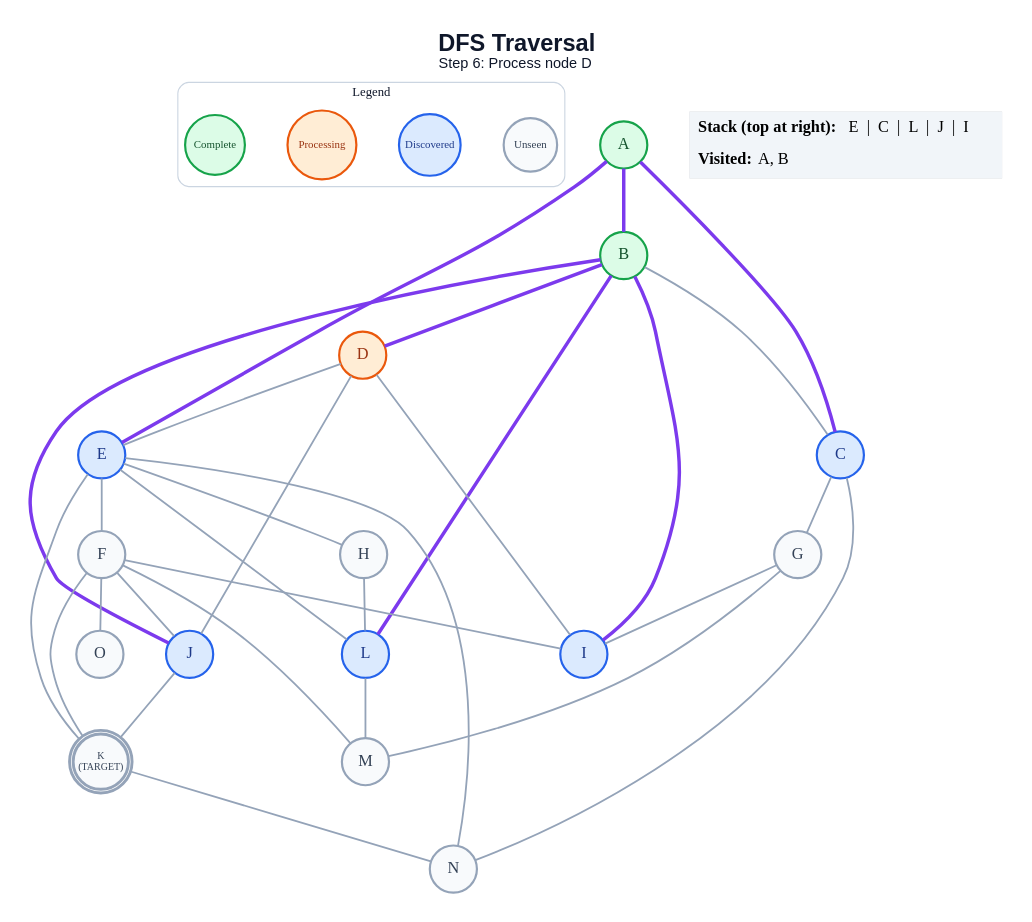
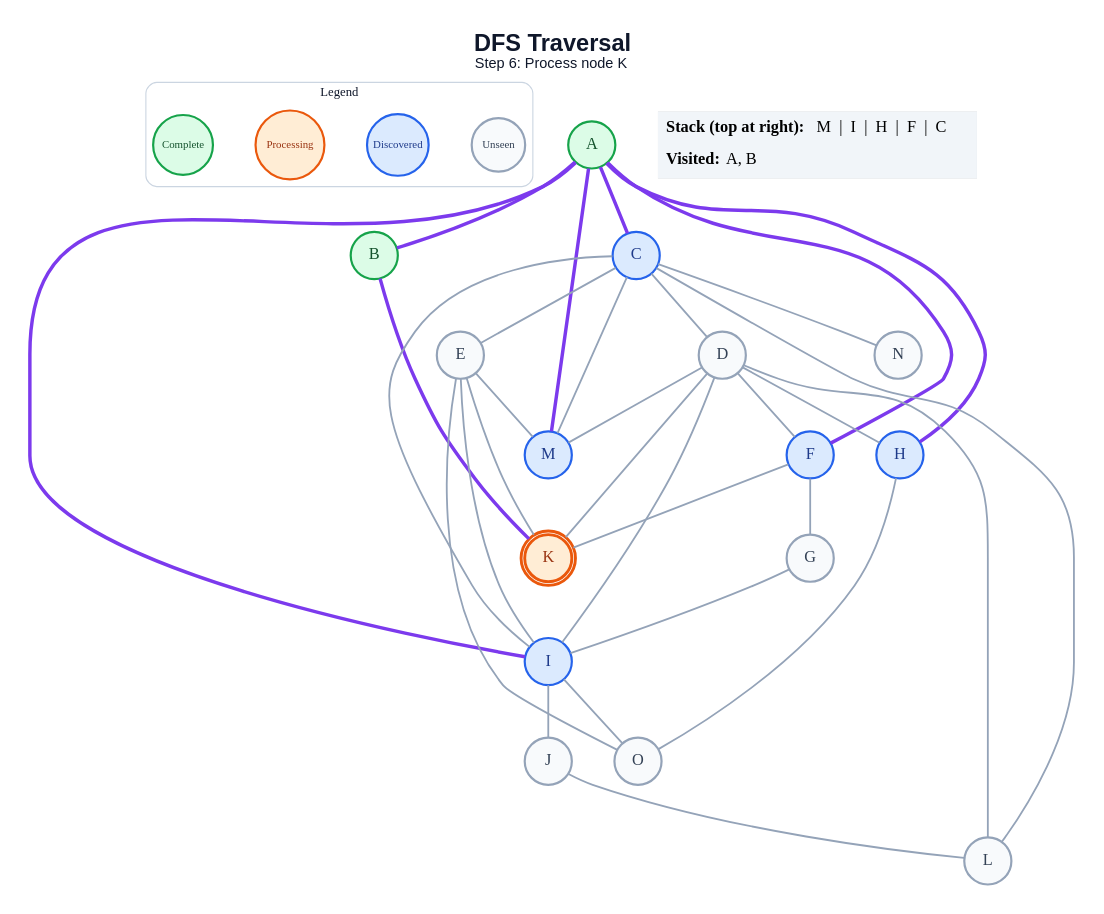
Before and after one commit to anon7238593-create/ai-slop: the diagram in generated/dfs/step_06.dot, drawn with Graphviz. The commit also changed 217 other files, not shown here.

```diff
--- a/generated/dfs/step_06.dot
+++ b/generated/dfs/step_06.dot
@@ -1,63 +1,64 @@
 graph traversal {
   graph [layout=dot, rankdir=TB, bgcolor="#FFFFFF", pad="0.35", nodesep="0.65", ranksep="0.8", fontname="Arial"];
   node [shape=circle, style="filled", fontname="Arial Bold", fontsize=18, width=0.72, fixedsize=true, penwidth=2.4];
   edge [color="#94A3B8", penwidth=2.0];
-  label=<<B>DFS Traversal</B><BR/><FONT POINT-SIZE="16">Step 6: Process node D</FONT>>; labelloc="t"; fontsize=26; fontname="Arial"; fontcolor="#0F172A";
+  label=<<B>DFS Traversal</B><BR/><FONT POINT-SIZE="16">Step 6: Process node K</FONT>>; labelloc="t"; fontsize=26; fontname="Arial"; fontcolor="#0F172A";
   subgraph cluster_legend { label="Legend"; color="#CBD5E1"; penwidth=1.2; style="rounded"; fontsize=14; fontname="Arial Bold";
     key_unseen [label="Unseen", fillcolor="#F8FAFC", color="#94A3B8", fontcolor="#334155", fontsize=12, width=0.82];
     key_frontier [label="Discovered", fillcolor="#DBEAFE", color="#2563EB", fontcolor="#1E3A8A", fontsize=12, width=0.95];
     key_current [label="Processing", fillcolor="#FFEDD5", color="#EA580C", fontcolor="#9A3412", fontsize=12, width=1.05];
     key_done [label="Complete", fillcolor="#DCFCE7", color="#16A34A", fontcolor="#14532D", fontsize=12, width=0.92];
     { rank=same; key_unseen; key_frontier; key_current; key_done; }
   }
   A [label="A", fillcolor="#DCFCE7", color="#16A34A", fontcolor="#14532D", peripheries=1, penwidth=2.4];
   B [label="B", fillcolor="#DCFCE7", color="#16A34A", fontcolor="#14532D", peripheries=1, penwidth=2.4];
   C [label="C", fillcolor="#DBEAFE", color="#2563EB", fontcolor="#1E3A8A", peripheries=1, penwidth=2.4];
-  D [label="D", fillcolor="#FFEDD5", color="#EA580C", fontcolor="#9A3412", peripheries=1, penwidth=2.4];
-  E [label="E", fillcolor="#DBEAFE", color="#2563EB", fontcolor="#1E3A8A", peripheries=1, penwidth=2.4];
-  F [label="F", fillcolor="#F8FAFC", color="#94A3B8", fontcolor="#334155", peripheries=1, penwidth=2.4];
+  D [label="D", fillcolor="#F8FAFC", color="#94A3B8", fontcolor="#334155", peripheries=1, penwidth=2.4];
+  E [label="E", fillcolor="#F8FAFC", color="#94A3B8", fontcolor="#334155", peripheries=1, penwidth=2.4];
+  F [label="F", fillcolor="#DBEAFE", color="#2563EB", fontcolor="#1E3A8A", peripheries=1, penwidth=2.4];
   G [label="G", fillcolor="#F8FAFC", color="#94A3B8", fontcolor="#334155", peripheries=1, penwidth=2.4];
-  H [label="H", fillcolor="#F8FAFC", color="#94A3B8", fontcolor="#334155", peripheries=1, penwidth=2.4];
+  H [label="H", fillcolor="#DBEAFE", color="#2563EB", fontcolor="#1E3A8A", peripheries=1, penwidth=2.4];
   I [label="I", fillcolor="#DBEAFE", color="#2563EB", fontcolor="#1E3A8A", peripheries=1, penwidth=2.4];
-  J [label="J", fillcolor="#DBEAFE", color="#2563EB", fontcolor="#1E3A8A", peripheries=1, penwidth=2.4];
-  K [label="K\n(TARGET)", fillcolor="#F8FAFC", color="#94A3B8", fontcolor="#334155", peripheries=2, penwidth=3.2, fontsize=11, width=0.85, height=0.85];
-  L [label="L", fillcolor="#DBEAFE", color="#2563EB", fontcolor="#1E3A8A", peripheries=1, penwidth=2.4];
-  M [label="M", fillcolor="#F8FAFC", color="#94A3B8", fontcolor="#334155", peripheries=1, penwidth=2.4];
+  J [label="J", fillcolor="#F8FAFC", color="#94A3B8", fontcolor="#334155", peripheries=1, penwidth=2.4];
+  K [label="K", fillcolor="#FFEDD5", color="#EA580C", fontcolor="#9A3412", peripheries=2, penwidth=3.2];
+  L [label="L", fillcolor="#F8FAFC", color="#94A3B8", fontcolor="#334155", peripheries=1, penwidth=2.4];
+  M [label="M", fillcolor="#DBEAFE", color="#2563EB", fontcolor="#1E3A8A", peripheries=1, penwidth=2.4];
   N [label="N", fillcolor="#F8FAFC", color="#94A3B8", fontcolor="#334155", peripheries=1, penwidth=2.4];
   O [label="O", fillcolor="#F8FAFC", color="#94A3B8", fontcolor="#334155", peripheries=1, penwidth=2.4];
   A -- B [color="#7C3AED", penwidth=3.8];
   A -- C [color="#7C3AED", penwidth=3.8];
-  A -- E [color="#7C3AED", penwidth=3.8];
-  B -- C;
-  B -- D [color="#7C3AED", penwidth=3.8];
-  B -- I [color="#7C3AED", penwidth=3.8];
-  B -- J [color="#7C3AED", penwidth=3.8];
-  B -- L [color="#7C3AED", penwidth=3.8];
-  C -- G;
+  A -- F [color="#7C3AED", penwidth=3.8];
+  A -- H [color="#7C3AED", penwidth=3.8];
+  A -- I [color="#7C3AED", penwidth=3.8];
+  A -- M [color="#7C3AED", penwidth=3.8];
+  B -- K [color="#7C3AED", penwidth=3.8];
+  C -- D;
+  C -- E;
+  C -- I;
+  C -- L;
+  C -- M;
   C -- N;
-  D -- E;
+  D -- F;
+  D -- H;
   D -- I;
-  D -- J;
-  E -- F;
-  E -- H;
+  D -- K;
+  D -- L;
+  D -- M;
+  E -- I;
   E -- K;
-  E -- L;
-  E -- N;
-  F -- I;
-  F -- J;
+  E -- M;
+  E -- O;
+  F -- G;
   F -- K;
-  F -- M;
-  F -- O;
   G -- I;
-  G -- M;
-  H -- L;
-  J -- K;
-  K -- N;
-  L -- M;
+  H -- O;
+  I -- J;
+  I -- O;
+  J -- L;
   status [shape=plain, fixedsize=false, width=0, height=0, margin=0, label=<
     <TABLE BORDER="0" CELLBORDER="0" CELLPADDING="7" BGCOLOR="#F1F5F9">
-      <TR><TD ALIGN="LEFT"><B>Stack (top at right):</B> E  |  C  |  L  |  J  |  I</TD></TR>
+      <TR><TD ALIGN="LEFT"><B>Stack (top at right):</B> M  |  I  |  H  |  F  |  C</TD></TR>
       <TR><TD ALIGN="LEFT"><B>Visited:</B> A, B</TD></TR>
     </TABLE>
   >];
 }
```
